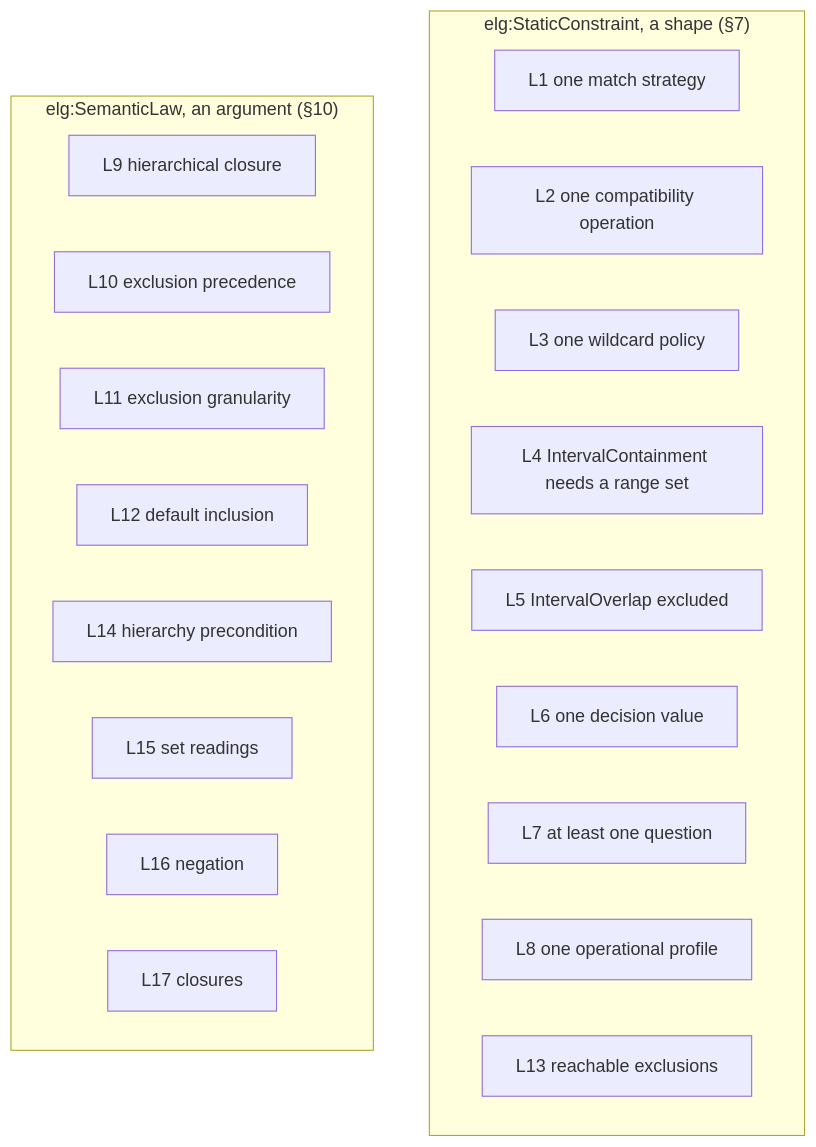
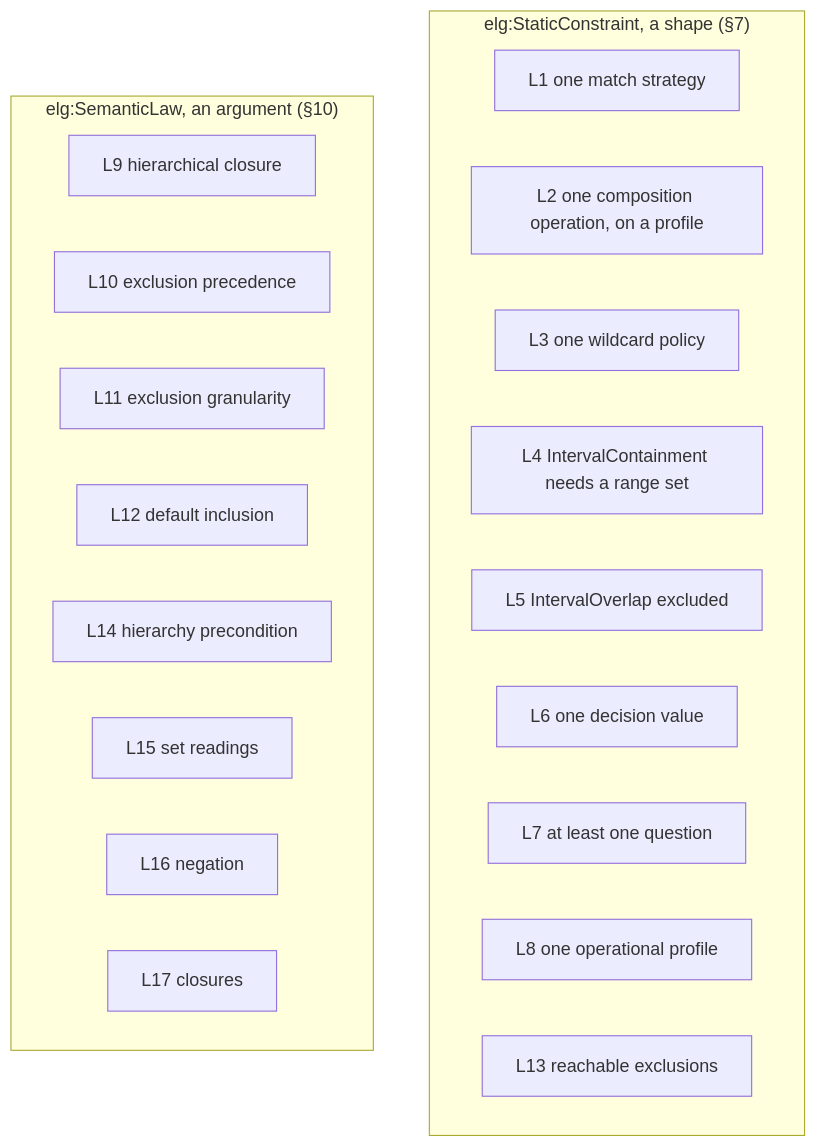
One commit to nebularis/lattice changed diagram 11 of 15 in ontology/eligibility/README.md. Above: the diagram before and after it, drawn with Mermaid. The commit also changed other lines of this file and 247 other files, not shown here.

````diff
--- a/ontology/eligibility/README.md
+++ b/ontology/eligibility/README.md
@@ -601,24 +476,24 @@
 ```mermaid
 flowchart TB
     subgraph Static["elg:StaticConstraint, a shape (§7)"]
         L1["L1 one match strategy"]
-        L2["L2 one compatibility operation"]
+        L2["L2 one composition operation, on a profile"]
         L3["L3 one wildcard policy"]
         L4["L4 IntervalContainment needs a range set"]
         L5["L5 IntervalOverlap excluded"]
         L6["L6 one decision value"]
         L7["L7 at least one question"]
         L8["L8 one operational profile"]
         L13["L13 reachable exclusions"]
     end
     subgraph Semantic["elg:SemanticLaw, an argument (§10)"]
         L9["L9 hierarchical closure"]
         L10["L10 exclusion precedence"]
         L11["L11 exclusion granularity"]
         L12["L12 default inclusion"]
         L14["L14 hierarchy precondition"]
         L15["L15 set readings"]
         L16["L16 negation"]
         L17["L17 closures"]
     end
 ```
````
